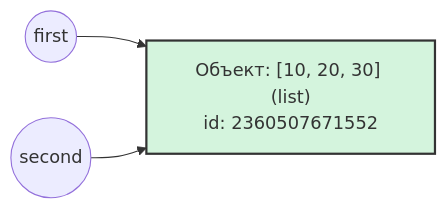
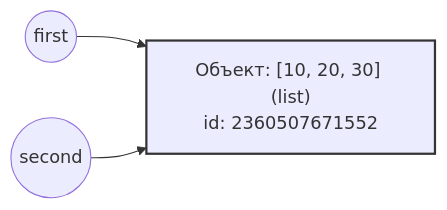
One commit to Dikobez/fai_topit_fundamentals_of_programming changed the first of 3 diagrams in solutions/lab_02/REPORT.md. Above: the diagram before and after it, drawn with Mermaid. The commit also changed other lines of this file, not shown here.

````diff
--- a/solutions/lab_02/REPORT.md
+++ b/solutions/lab_02/REPORT.md
@@ -9,7 +9,7 @@
 ```mermaid
 graph LR
     first((first)) --> list1["Объект: [10, 20, 30] (list)<br/>id: 2360507671552"]
     second((second)) --> list1
     
-    style list1 fill:#d4f4dd,stroke:#333,stroke-width:2px
+    style list1 fill:#fffff,stroke:#333,stroke-width:2px
 ```
````
